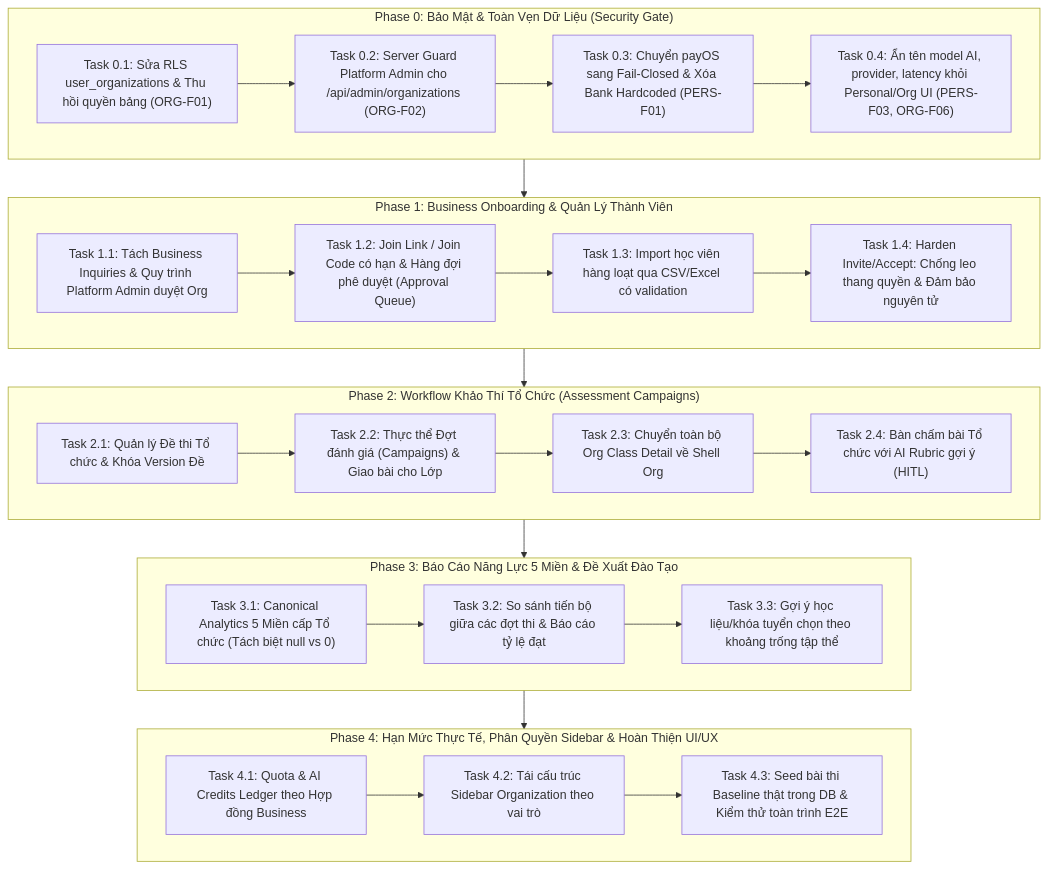
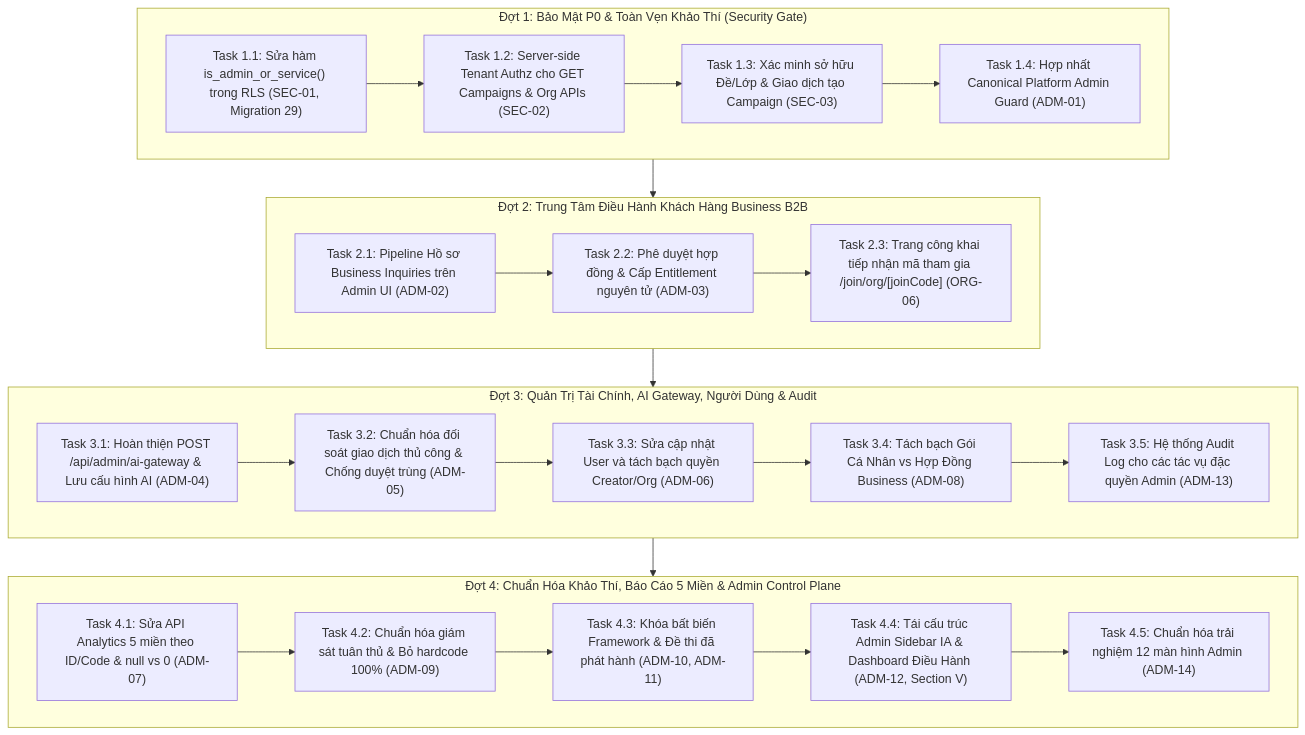
One commit to minhhuyzzz/nexa_AI changed the diagram in tasks/plan.md. Above: the diagram before and after it, drawn with Mermaid. The commit also changed other lines of this file and 46 other files, not shown here.

First line of the commit message:
feat(admin): complete 4-phase Platform Control Plane & security hardening

````diff
--- a/tasks/plan.md
+++ b/tasks/plan.md
@@ -53,42 +63,37 @@
 ```mermaid
 flowchart TD
-    subgraph Phase0["Phase 0: Bảo Mật & Toàn Vẹn Dữ Liệu (Security Gate)"]
-        T01["Task 0.1: Sửa RLS user_organizations & Thu hồi quyền bảng (ORG-F01)"]
-        T02["Task 0.2: Server Guard Platform Admin cho /api/admin/organizations (ORG-F02)"]
-        T03["Task 0.3: Chuyển payOS sang Fail-Closed & Xóa Bank Hardcoded (PERS-F01)"]
-        T04["Task 0.4: Ẩn tên model AI, provider, latency khỏi Personal/Org UI (PERS-F03, ORG-F06)"]
-        T01 --> T02 --> T03 --> T04
-    end
-
-    subgraph Phase1["Phase 1: Business Onboarding & Quản Lý Thành Viên"]
-        T11["Task 1.1: Tách Business Inquiries & Quy trình Platform Admin duyệt Org"]
-        T12["Task 1.2: Join Link / Join Code có hạn & Hàng đợi phê duyệt (Approval Queue)"]
-        T13["Task 1.3: Import học viên hàng loạt qua CSV/Excel có validation"]
-        T14["Task 1.4: Harden Invite/Accept: Chống leo thang quyền & Đảm bảo nguyên tử"]
+    subgraph Phase1["Đợt 1: Bảo Mật P0 & Toàn Vẹn Khảo Thí (Security Gate)"]
+        T11["Task 1.1: Sửa hàm is_admin_or_service() trong RLS (SEC-01, Migration 29)"]
+        T12["Task 1.2: Server-side Tenant Authz cho GET Campaigns & Org APIs (SEC-02)"]
+        T13["Task 1.3: Xác minh sở hữu Đề/Lớp & Giao dịch tạo Campaign (SEC-03)"]
+        T14["Task 1.4: Hợp nhất Canonical Platform Admin Guard (ADM-01)"]
         T11 --> T12 --> T13 --> T14
     end
 
-    subgraph Phase2["Phase 2: Workflow Khảo Thí Tổ Chức (Assessment Campaigns)"]
-        T21["Task 2.1: Quản lý Đề thi Tổ chức & Khóa Version Đề"]
-        T22["Task 2.2: Thực thể Đợt đánh giá (Campaigns) & Giao bài cho Lớp"]
-        T23["Task 2.3: Chuyển toàn bộ Org Class Detail về Shell Org"]
-        T24["Task 2.4: Bàn chấm bài Tổ chức với AI Rubric gợi ý (HITL)"]
-        T21 --> T22 --> T23 --> T24
+    subgraph Phase2["Đợt 2: Trung Tâm Điều Hành Khách Hàng Business B2B"]
+        T21["Task 2.1: Pipeline Hồ sơ Business Inquiries trên Admin UI (ADM-02)"]
+        T22["Task 2.2: Phê duyệt hợp đồng & Cấp Entitlement nguyên tử (ADM-03)"]
+        T23["Task 2.3: Trang công khai tiếp nhận mã tham gia /join/org/[joinCode] (ORG-06)"]
+        T21 --> T22 --> T23
     end
 
-    subgraph Phase3["Phase 3: Báo Cáo Năng Lực 5 Miền & Đề Xuất Đào Tạo"]
-        T31["Task 3.1: Canonical Analytics 5 Miền cấp Tổ chức (Tách biệt null vs 0)"]
-        T32["Task 3.2: So sánh tiến bộ giữa các đợt thi & Báo cáo tỷ lệ đạt"]
-        T33["Task 3.3: Gợi ý học liệu/khóa tuyển chọn theo khoảng trống tập thể"]
-        T31 --> T32 --> T33
+    subgraph Phase3["Đợt 3: Quản Trị Tài Chính, AI Gateway, Người Dùng & Audit"]
+        T31["Task 3.1: Hoàn thiện POST /api/admin/ai-gateway & Lưu cấu hình AI (ADM-04)"]
+        T32["Task 3.2: Chuẩn hóa đối soát giao dịch thủ công & Chống duyệt trùng (ADM-05)"]
+        T33["Task 3.3: Sửa cập nhật User và tách bạch quyền Creator/Org (ADM-06)"]
+        T34["Task 3.4: Tách bạch Gói Cá Nhân vs Hợp Đồng Business (ADM-08)"]
+        T35["Task 3.5: Hệ thống Audit Log cho các tác vụ đặc quyền Admin (ADM-13)"]
+        T31 --> T32 --> T33 --> T34 --> T35
     end
 
-    subgraph Phase4["Phase 4: Hạn Mức Thực Tế, Phân Quyền Sidebar & Hoàn Thiện UI/UX"]
-        T41["Task 4.1: Quota & AI Credits Ledger theo Hợp đồng Business"]
-        T42["Task 4.2: Tái cấu trúc Sidebar Organization theo vai trò"]
-        T43["Task 4.3: Seed bài thi Baseline thật trong DB & Kiểm thử toàn trình E2E"]
-        T41 --> T42 --> T43
+    subgraph Phase4["Đợt 4: Chuẩn Hóa Khảo Thí, Báo Cáo 5 Miền & Admin Control Plane"]
+        T41["Task 4.1: Sửa API Analytics 5 miền theo ID/Code & null vs 0 (ADM-07)"]
+        T42["Task 4.2: Chuẩn hóa giám sát tuân thủ & Bỏ hardcode 100% (ADM-09)"]
+        T43["Task 4.3: Khóa bất biến Framework & Đề thi đã phát hành (ADM-10, ADM-11)"]
+        T44["Task 4.4: Tái cấu trúc Admin Sidebar IA & Dashboard Điều Hành (ADM-12, Section V)"]
+        T45["Task 4.5: Chuẩn hóa trải nghiệm 12 màn hình Admin (ADM-14)"]
+        T41 --> T42 --> T43 --> T44 --> T45
     end
 
-    Phase0 --> Phase1 --> Phase2 --> Phase3 --> Phase4
+    Phase1 --> Phase2 --> Phase3 --> Phase4
 ```
````
